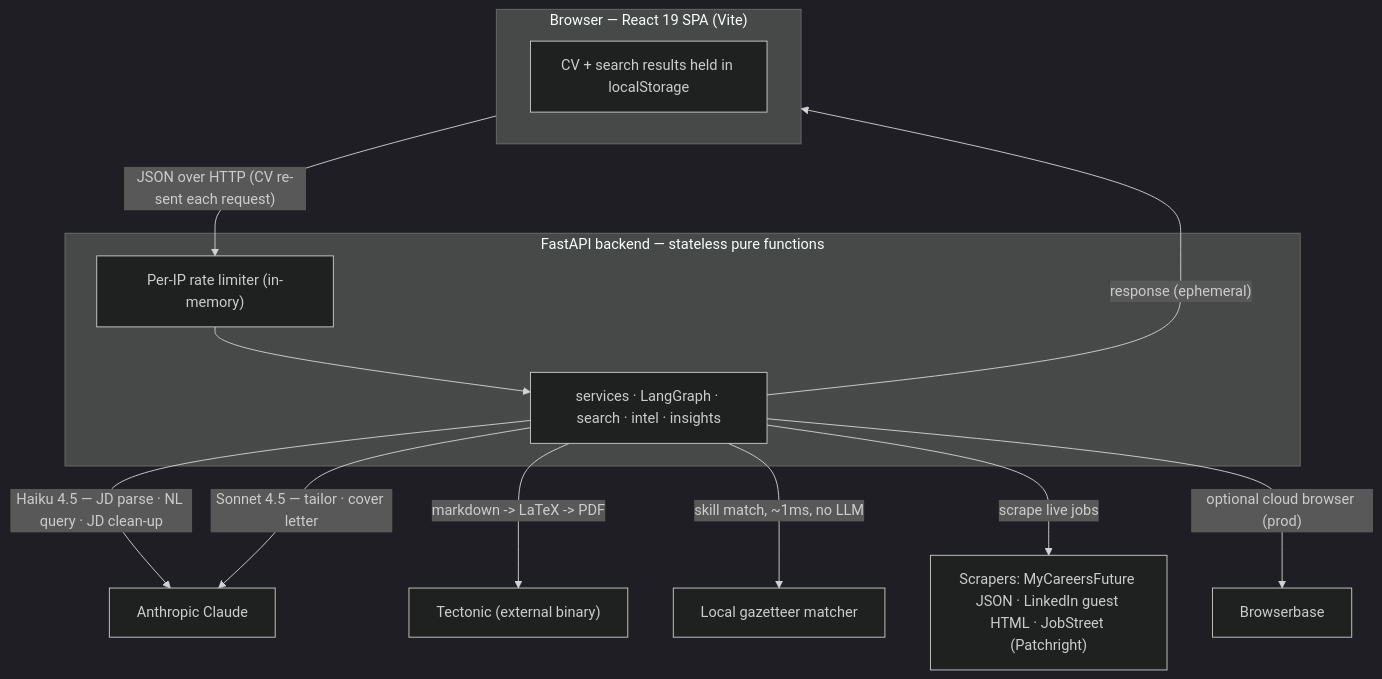
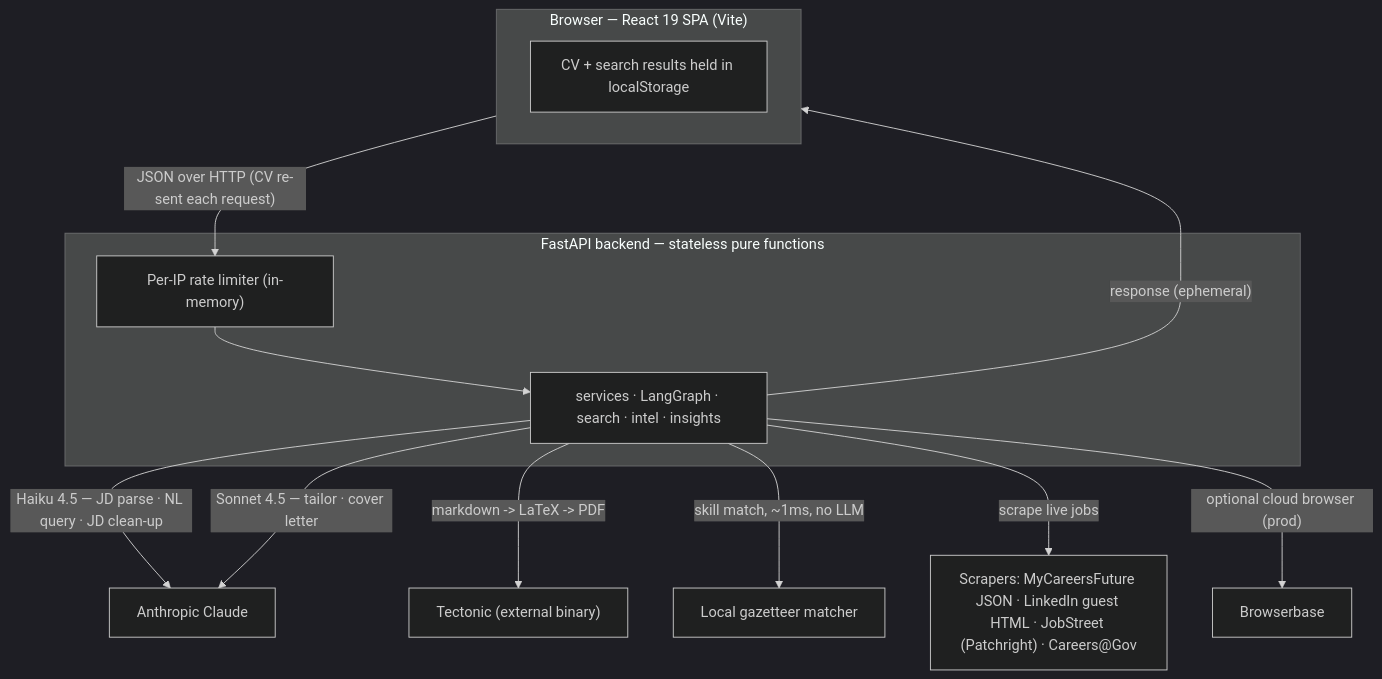
One commit to darinatic/JobAssistant changed the first of 2 diagrams in README.md. Above: the diagram before and after it, drawn with Mermaid (dark theme). The commit also changed other lines of this file and 7 other files, not shown here.

````diff
--- a/README.md
+++ b/README.md
@@ -43,23 +43,23 @@
 ```mermaid
 flowchart TB
     subgraph Client["Browser — React 19 SPA (Vite)"]
         CV["CV + search results held in localStorage"]
     end
 
     subgraph Backend["FastAPI backend — stateless pure functions"]
         RL["Per-IP rate limiter (in-memory)"]
         SVC["services · LangGraph · search · intel · insights"]
     end
 
     Client -- "JSON over HTTP (CV re-sent each request)" --> RL
     RL --> SVC
 
     SVC -- "Haiku 4.5 — JD parse · NL query · JD clean-up" --> ANTH["Anthropic Claude"]
     SVC -- "Sonnet 4.5 — tailor · cover letter" --> ANTH
     SVC -- "markdown -> LaTeX -> PDF" --> TEC["Tectonic (external binary)"]
     SVC -- "skill match, ~1ms, no LLM" --> GAZ["Local gazetteer matcher"]
-    SVC -- "scrape live jobs" --> SCR["Scrapers: MyCareersFuture JSON · LinkedIn guest HTML · JobStreet (Patchright)"]
+    SVC -- "scrape live jobs" --> SCR["Scrapers: MyCareersFuture JSON · LinkedIn guest HTML · JobStreet (Patchright) · Careers@Gov"]
     SVC -- "optional cloud browser (prod)" --> BB["Browserbase"]
 
     SVC -- "response (ephemeral)" --> Client
 ```
````
